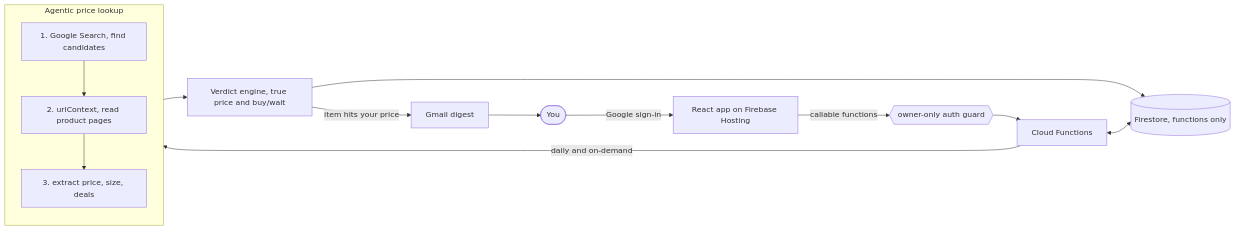
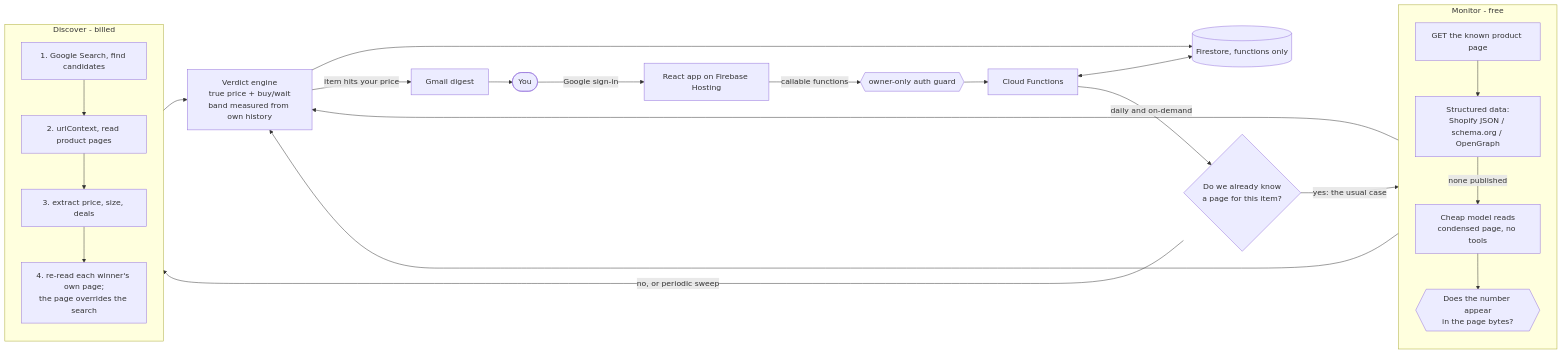
Before and after one commit to MohsenZand/ZeroTide: the diagram in README.md, drawn with Mermaid. The commit also changed other lines of this file and 16 other files, not shown here.

````diff
--- a/README.md
+++ b/README.md
@@ -60,19 +60,33 @@
 ```mermaid
 flowchart LR
     U([You]) -->|Google sign-in| FE[React app on Firebase Hosting]
     FE -->|callable functions| GUARD{{owner-only auth guard}}
     GUARD --> FN[Cloud Functions]
     FN <--> FS[(Firestore, functions only)]
-    FN -->|daily and on-demand| AGENT
+    FN -->|daily and on-demand| ROUTE{Do we already know<br/>a page for this item?}
 
-    subgraph AGENT [Agentic price lookup]
+    ROUTE -->|yes: the usual case| MON
+    ROUTE -->|no, or periodic sweep| DISC
+
+    subgraph MON [Monitor - free]
+      direction TB
+      M1[GET the known product page] --> M2[Structured data:<br/>Shopify JSON / schema.org / OpenGraph]
+      M2 -->|none published| M3[Cheap model reads<br/>condensed page, no tools]
+      M3 --> M4{{Does the number appear<br/>in the page bytes?}}
+    end
+
+    subgraph DISC [Discover - billed]
       direction TB
       S[1. Google Search, find candidates] --> R[2. urlContext, read product pages]
       R --> X[3. extract price, size, deals]
+      X --> C[4. re-read each winner's own page;<br/>the page overrides the search]
     end
 
-    X --> V[Verdict engine, true price and buy/wait]
+    M2 --> V
+    M4 --> V
+    C --> V
+    V[Verdict engine<br/>true price + buy/wait<br/>band measured from own history]
     V --> FS
     V -->|item hits your price| MAIL[Gmail digest]
     MAIL --> U
 ```
````
